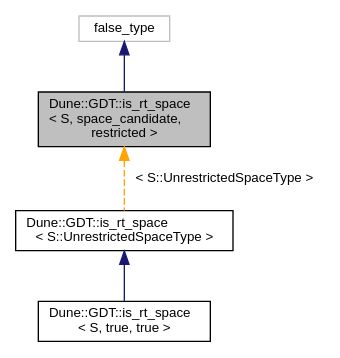
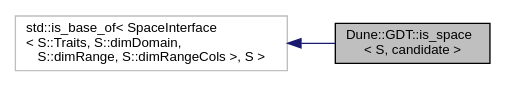
Before and after one commit to dune-community/dune-community.github.io: the diagram in docs/dune-gdt/''/a03155.dot, drawn with Graphviz. The commit also changed 2647 other files, not shown here.

Commit message:
Updated documentation for dune-gdt ''

```diff
--- a/docs/dune-gdt/''/a03155.dot
+++ b/docs/dune-gdt/''/a03155.dot
@@ -1,12 +1,9 @@
-digraph "Dune::GDT::is_rt_space&lt; S, space_candidate, restricted &gt;"
+digraph "Dune::GDT::is_space&lt; S, candidate &gt;"
 {
   edge [fontname="Helvetica",fontsize="10",labelfontname="Helvetica",labelfontsize="10"];
   node [fontname="Helvetica",fontsize="10",shape=record];
-  Node0 [label="Dune::GDT::is_rt_space\l\< S, space_candidate,\l restricted \>",height=0.2,width=0.4,color="black", fillcolor="grey75", style="filled", fontcolor="black"];
+  rankdir="LR";
+  Node0 [label="Dune::GDT::is_space\l\< S, candidate \>",height=0.2,width=0.4,color="black", fillcolor="grey75", style="filled", fontcolor="black"];
   Node1 -> Node0 [dir="back",color="midnightblue",fontsize="10",style="solid",fontname="Helvetica"];
-  Node1 [label="false_type",height=0.2,width=0.4,color="grey75", fillcolor="white", style="filled"];
-  Node0 -> Node2 [dir="back",color="orange",fontsize="10",style="dashed",label=" \< S::UnrestrictedSpaceType \>" ,fontname="Helvetica"];
-  Node2 [label="Dune::GDT::is_rt_space\l\< S::UnrestrictedSpaceType \>",height=0.2,width=0.4,color="black", fillcolor="white", style="filled",URL="$a03156.html"];
-  Node2 -> Node3 [dir="back",color="midnightblue",fontsize="10",style="solid",fontname="Helvetica"];
-  Node3 [label="Dune::GDT::is_rt_space\l\< S, true, true \>",height=0.2,width=0.4,color="black", fillcolor="white", style="filled",URL="$a03164.html"];
+  Node1 [label="std::is_base_of\< SpaceInterface\l\< S::Traits, S::dimDomain,\l S::dimRange, S::dimRangeCols \>, S \>",height=0.2,width=0.4,color="grey75", fillcolor="white", style="filled"];
 }
```
